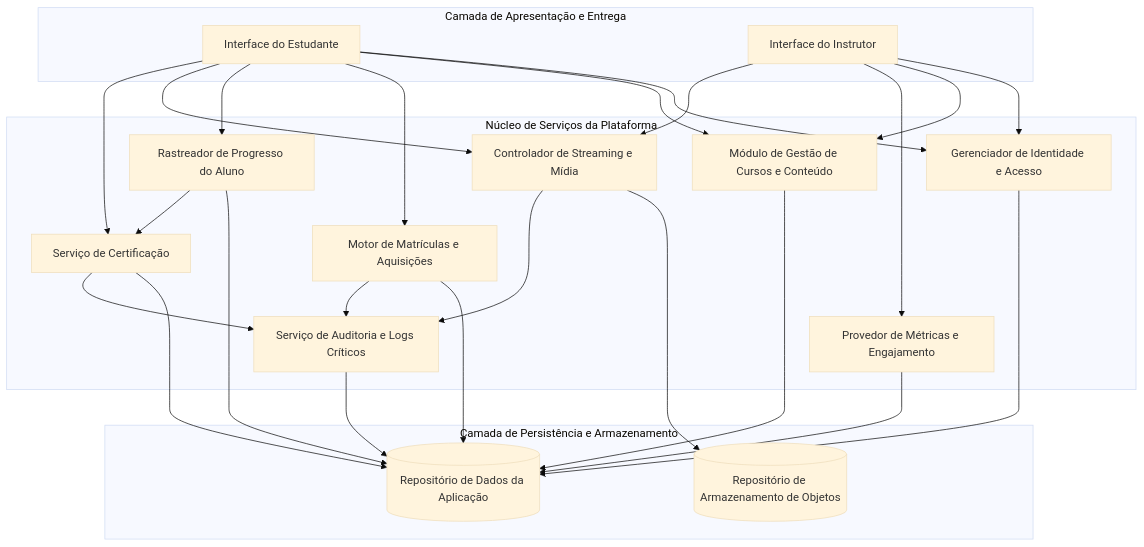
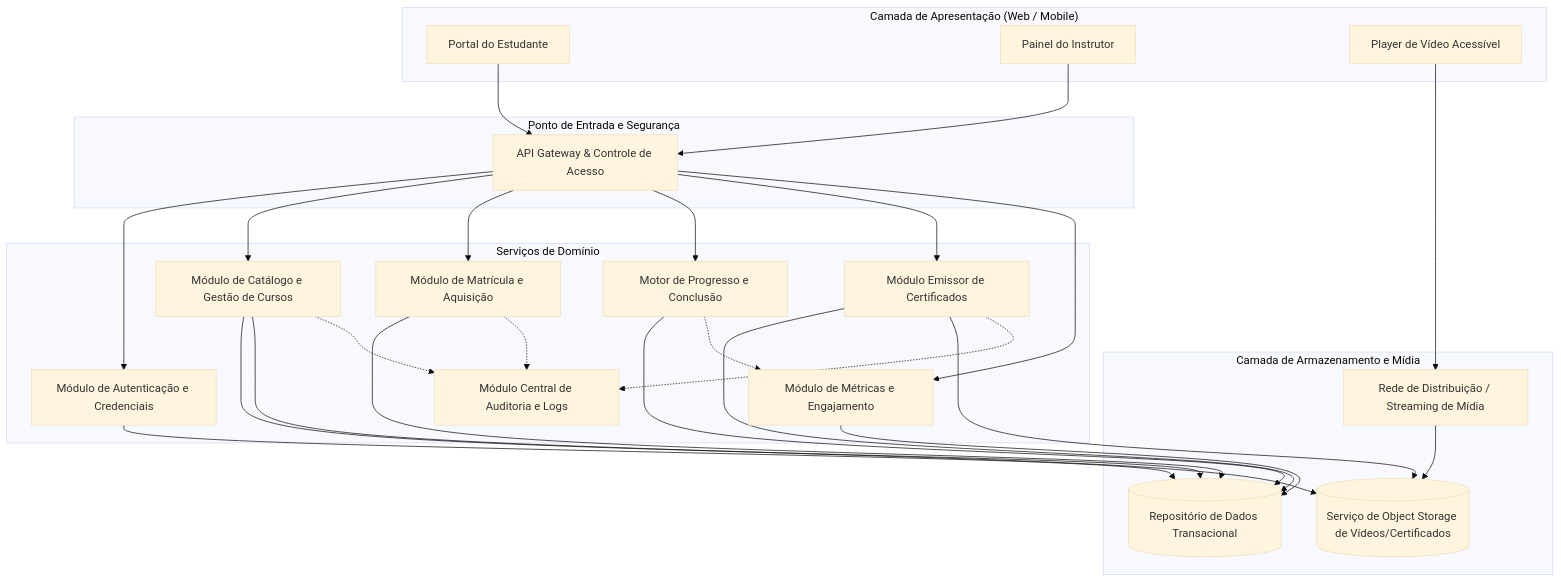
The first of 2 diagrams in docs/Time_2_Design/analise-qualitativa/outputs/relatorio_gemini_3_7_flash_M01.md (PDC-ESIA/AI4ES), drawn with Mermaid (base theme) before and after one commit. The commit also changed other lines of this file and 107 other files, not shown here.

````diff
--- a/docs/Time_2_Design/analise-qualitativa/outputs/relatorio_gemini_3_7_flash_M01.md
+++ b/docs/Time_2_Design/analise-qualitativa/outputs/relatorio_gemini_3_7_flash_M01.md
@@ -23,48 +25,55 @@
 ```mermaid
-graph TD
-    subgraph Camada_Apresentacao [Camada de Apresentação e Entrega]
-        UI_Estudante[Interface do Estudante]
-        UI_Instrutor[Interface do Instrutor]
+graph TB
+    subgraph Frontend ["Camada de Apresentação (Web / Mobile)"]
+        UI_Student["Portal do Estudante"]
+        UI_Instructor["Painel do Instrutor"]
+        Video_Player["Player de Vídeo Acessível"]
     end
 
-    subgraph Fronteira_Servicos [Núcleo de Serviços da Plataforma]
-        Auth_Comp[Gerenciador de Identidade e Acesso]
-        Curso_Comp[Módulo de Gestão de Cursos e Conteúdo]
-        Midia_Comp[Controlador de Streaming e Mídia]
-        Matricula_Comp[Motor de Matrículas e Aquisições]
-        Progresso_Comp[Rastreador de Progresso do Aluno]
-        Certificado_Comp[Serviço de Certificação]
-        Metricas_Comp[Provedor de Métricas e Engajamento]
-        Log_Comp[Serviço de Auditoria e Logs Críticos]
+    subgraph Gateway ["Ponto de Entrada e Segurança"]
+        API_GW["API Gateway & Controle de Acesso"]
     end
 
-    subgraph Camada_Persistencia_Armazenamento [Camada de Persistência e Armazenamento]
-        BD_Relacional[(Repositório de Dados da Aplicação)]
-        Storage_Objetos[(Repositório de Armazenamento de Objetos)]
+    subgraph CoreServices ["Serviços de Domínio"]
+        Auth_Service["Módulo de Autenticação e Credenciais"]
+        Course_Service["Módulo de Catálogo e Gestão de Cursos"]
+        Enrollment_Service["Módulo de Matrícula e Aquisição"]
+        Progress_Service["Motor de Progresso e Conclusão"]
+        Certificate_Service["Módulo Emissor de Certificados"]
+        Analytics_Service["Módulo de Métricas e Engajamento"]
+        Audit_Logger["Módulo Central de Auditoria e Logs"]
     end
 
-    UI_Estudante --> Auth_Comp
-    UI_Estudante --> Curso_Comp
-    UI_Estudante --> Matricula_Comp
-    UI_Estudante --> Progresso_Comp
-    UI_Estudante --> Midia_Comp
-    UI_Estudante --> Certificado_Comp
+    subgraph StorageServices ["Camada de Armazenamento e Mídia"]
+        DB_Relational[("Repositório de Dados Transacional")]
+        Media_Storage[("Serviço de Object Storage de Vídeos/Certificados")]
+        Media_CDN["Rede de Distribuição / Streaming de Mídia"]
+    end
 
-    UI_Instrutor --> Auth_Comp
-    UI_Instrutor --> Curso_Comp
-    UI_Instrutor --> Metricas_Comp
-    UI_Instrutor --> Midia_Comp
+    UI_Student --> API_GW
+    UI_Instructor --> API_GW
+    Video_Player --> Media_CDN
 
-    Auth_Comp --> BD_Relacional
-    Curso_Comp --> BD_Relacional
-    Matricula_Comp --> BD_Relacional
-    Matricula_Comp --> Log_Comp
-    Progresso_Comp --> BD_Relacional
-    Progresso_Comp --> Certificado_Comp
-    Certificado_Comp --> BD_Relacional
-    Certificado_Comp --> Log_Comp
-    Metricas_Comp --> BD_Relacional
-    Midia_Comp --> Storage_Objetos
-    Midia_Comp --> Log_Comp
-    Log_Comp --> BD_Relacional
+    API_GW --> Auth_Service
+    API_GW --> Course_Service
+    API_GW --> Enrollment_Service
+    API_GW --> Progress_Service
+    API_GW --> Certificate_Service
+    API_GW --> Analytics_Service
+
+    Course_Service --> DB_Relational
+    Course_Service --> Media_Storage
+    Enrollment_Service --> DB_Relational
+    Progress_Service --> DB_Relational
+    Analytics_Service --> DB_Relational
+    Auth_Service --> DB_Relational
+    Certificate_Service --> DB_Relational
+    Certificate_Service --> Media_Storage
+
+    Media_CDN --> Media_Storage
+
+    Enrollment_Service -.-> Audit_Logger
+    Certificate_Service -.-> Audit_Logger
+    Course_Service -.-> Audit_Logger
+    Progress_Service -.-> Analytics_Service
 ```
````
